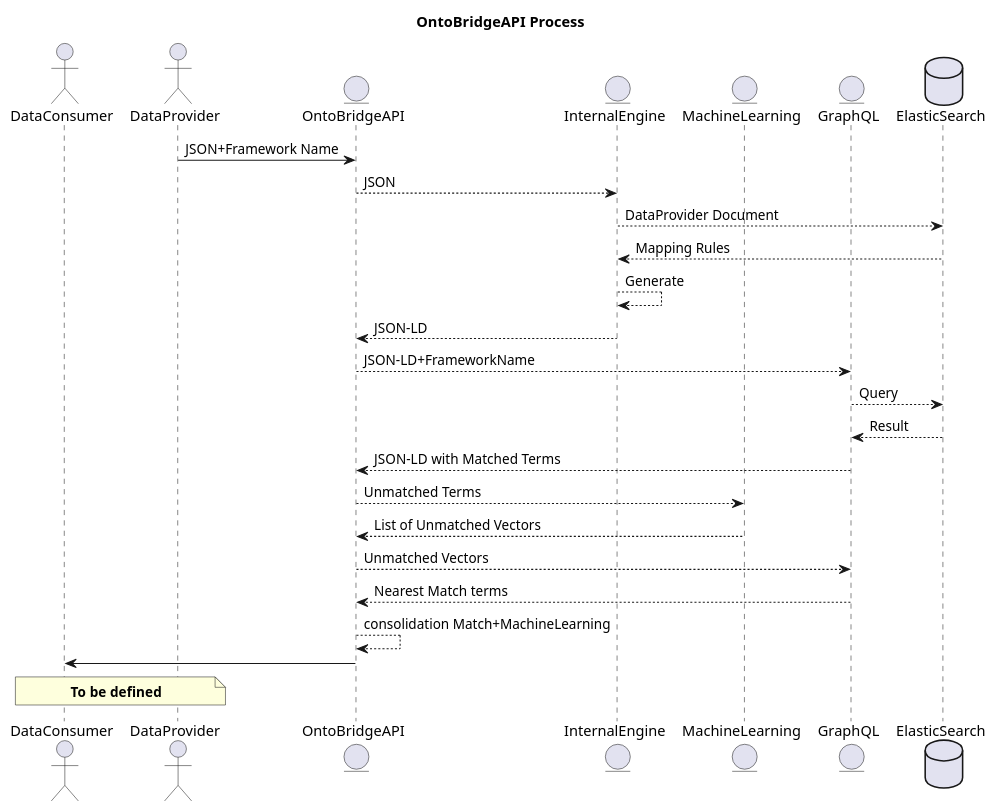
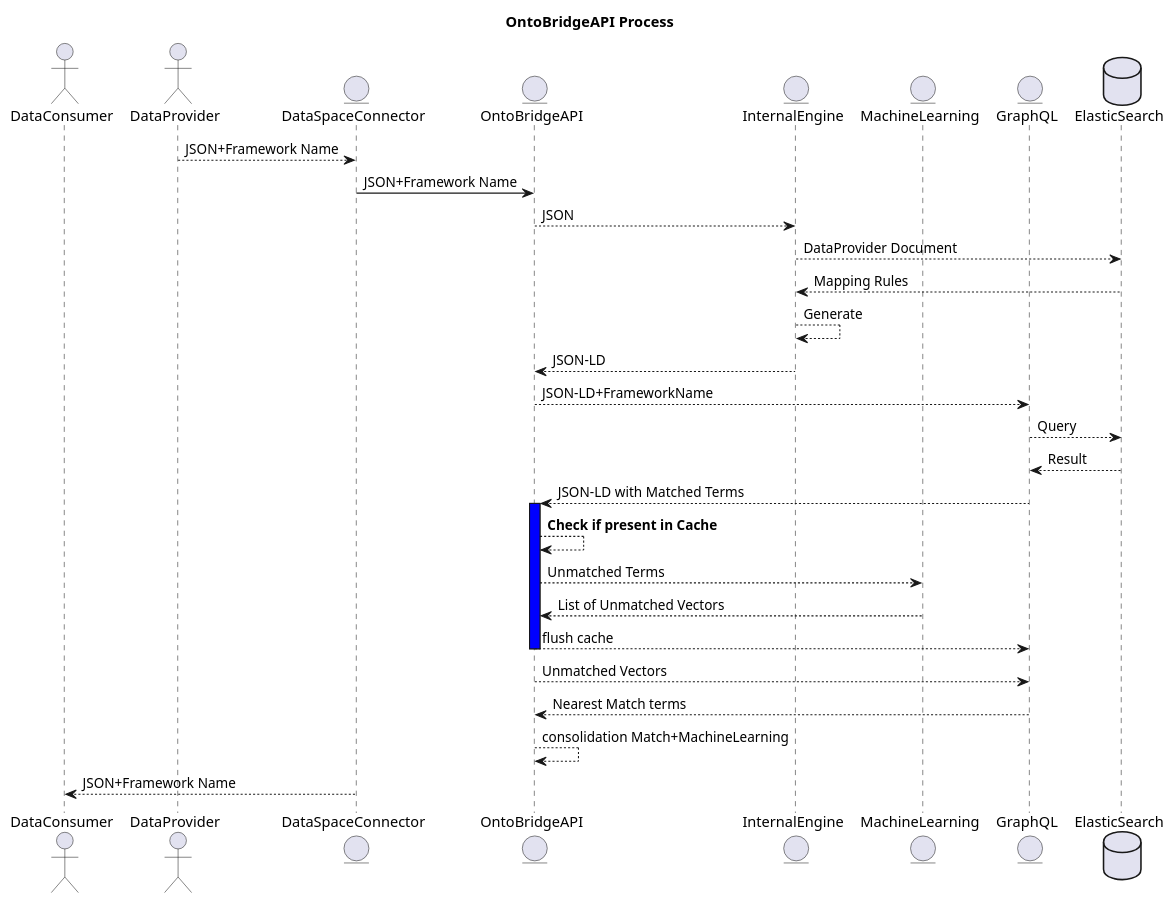
One commit to Prometheus-X-association/interoperability-of-skills-frameworks-ariane changed the diagram in services/ontobridgeApi/readme.md. Above: the diagram before and after it, drawn with PlantUML. The commit also changed 1 other file, not shown here.

Commit message:
change pdf

````diff
--- a/services/ontobridgeApi/readme.md
+++ b/services/ontobridgeApi/readme.md
@@ -99,31 +99,37 @@
 ```plantuml
 @startuml
 title OntoBridgeAPI Process
 
 actor DataConsumer
 actor DataProvider
+entity DataSpaceConnector
 entity OntoBridgeAPI
 entity InternalEngine
 entity MachineLearning
 entity GraphQL
 database ElasticSearch
 
-DataProvider->OntoBridgeAPI:JSON+Framework Name
+DataProvider --> DataSpaceConnector: JSON+Framework Name
+DataSpaceConnector->OntoBridgeAPI:JSON+Framework Name
 OntoBridgeAPI-->InternalEngine:JSON
 InternalEngine-->ElasticSearch:DataProvider Document
 ElasticSearch-->InternalEngine:Mapping Rules
 InternalEngine-->InternalEngine:Generate
 InternalEngine-->OntoBridgeAPI:JSON-LD
 OntoBridgeAPI-->GraphQL:JSON-LD+FrameworkName
 GraphQL-->ElasticSearch:Query
 ElasticSearch-->GraphQL:Result
 GraphQL-->OntoBridgeAPI:JSON-LD with Matched Terms
+activate OntoBridgeAPI #blue
+OntoBridgeAPI-->OntoBridgeAPI:**Check if present in Cache**
 OntoBridgeAPI-->MachineLearning:Unmatched Terms
 MachineLearning-->OntoBridgeAPI:List of Unmatched Vectors
+OntoBridgeAPI-->GraphQL:flush cache
+deactivate OntoBridgeAPI
+
 OntoBridgeAPI-->GraphQL:Unmatched Vectors
 GraphQL-->OntoBridgeAPI:Nearest Match terms
 OntoBridgeAPI-->OntoBridgeAPI:consolidation Match+MachineLearning
-OntoBridgeAPI->DataConsumer:
-note over DataProvider,DataConsumer:**To be defined**
+DataSpaceConnector --> DataConsumer:JSON+Framework Name
 @enduml
 ```
````
